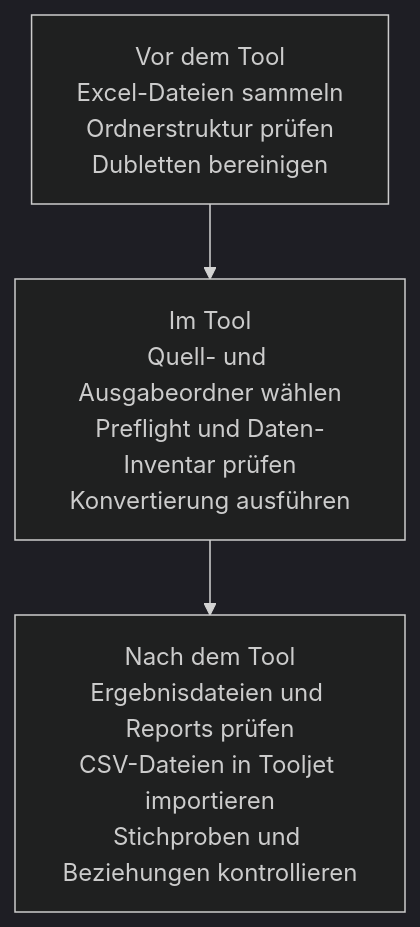
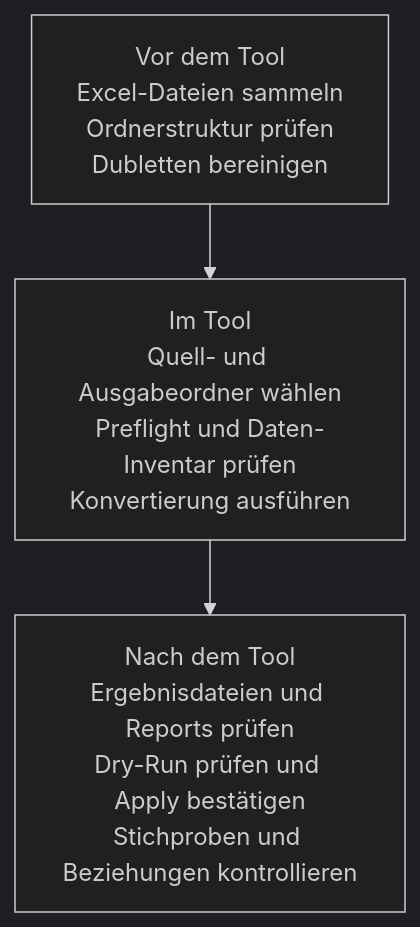
The first of 3 diagrams in docs/converter/AAD-Converter-Handbuch.md (Studio-Animal-Aided-Design/habitat-database), drawn with Mermaid (dark theme) before and after one commit. The commit also changed other lines of this file and 12 other files, not shown here.

````diff
--- a/docs/converter/AAD-Converter-Handbuch.md
+++ b/docs/converter/AAD-Converter-Handbuch.md
@@ -25,5 +26,5 @@
 ```mermaid
 flowchart TD
     A["Vor dem Tool<br/>Excel-Dateien sammeln<br/>Ordnerstruktur prüfen<br/>Dubletten bereinigen"] --> B["Im Tool<br/>Quell- und Ausgabeordner wählen<br/>Preflight und Daten-Inventar prüfen<br/>Konvertierung ausführen"]
-    B --> C["Nach dem Tool<br/>Ergebnisdateien und Reports prüfen<br/>CSV-Dateien in Tooljet importieren<br/>Stichproben und Beziehungen kontrollieren"]
+    B --> C["Nach dem Tool<br/>Ergebnisdateien und Reports prüfen<br/>Dry-Run prüfen und Apply bestätigen<br/>Stichproben und Beziehungen kontrollieren"]
 ```
````
